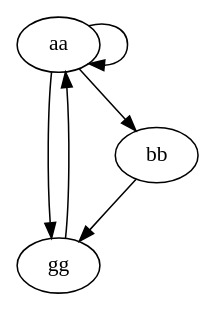
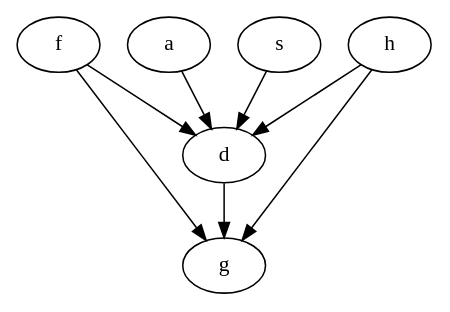
Before and after one commit to alexandrepsjf/Grafos: the diagram in TeoriaDosGrafos/src/os/dot/fileS.dot, drawn with Graphviz. The commit also changed 7 other files, not shown here.

```diff
--- a/TeoriaDosGrafos/src/os/dot/fileS.dot
+++ b/TeoriaDosGrafos/src/os/dot/fileS.dot
@@ -1,4 +1,1 @@
-digraph G {
-aa ->aa ->gg;
-bb ->gg;
-gg ->aa ->bb;}
+digraph G {a -> d ;f -> d ;h -> g ;h -> d ;s -> d ;f -> g ;d -> g ;}
```
